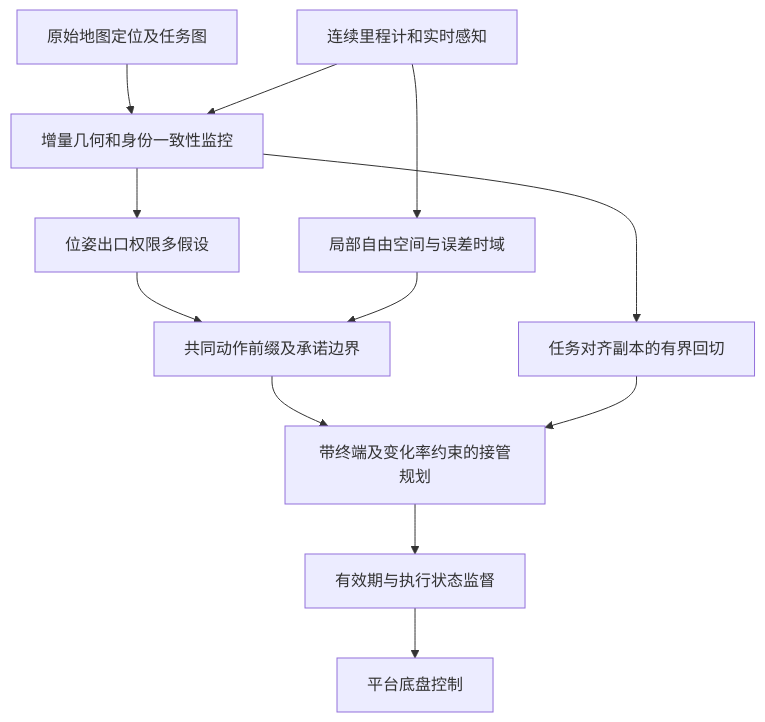
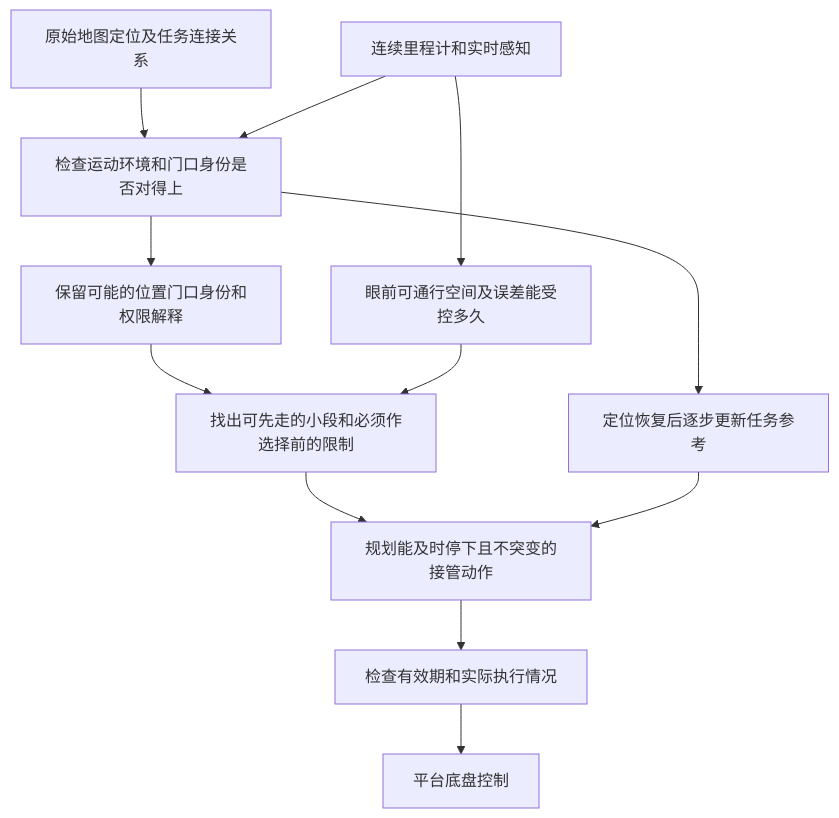
The diagram in patient/导航规划控制/03_patent_c_sources_and_technical_principles_20261015.md (fenwickxie/research-ip-docs), drawn with Mermaid before and after one commit. The commit also changed other lines of this file and 2 other files, not shown here.

````diff
--- a/patient/导航规划控制/03_patent_c_sources_and_technical_principles_20261015.md
+++ b/patient/导航规划控制/03_patent_c_sources_and_technical_principles_20261015.md
@@ -40,14 +69,14 @@
 ```mermaid
 flowchart TD
-    Global[原始地图定位及任务图] --> Monitor[增量几何和身份一致性监控]
+    Global[原始地图定位及任务连接关系] --> Monitor[检查运动环境和门口身份是否对得上]
     Local[连续里程计和实时感知] --> Monitor
-    Local --> Corridor[局部自由空间与误差时域]
-    Monitor --> Hypotheses[位姿出口权限多假设]
-    Hypotheses --> Prefix[共同动作前缀及承诺边界]
+    Local --> Corridor[眼前可通行空间及误差能受控多久]
+    Monitor --> Hypotheses[保留可能的位置门口身份和权限解释]
+    Hypotheses --> Prefix[找出可先走的小段和必须作选择前的限制]
     Corridor --> Prefix
-    Prefix --> Planner[带终端及变化率约束的接管规划]
-    Planner --> Supervisor[有效期与执行状态监督]
+    Prefix --> Planner[规划能及时停下且不突变的接管动作]
+    Planner --> Supervisor[检查有效期和实际执行情况]
     Supervisor --> Controller[平台底盘控制]
-    Monitor --> Recovery[任务对齐副本的有界回切]
+    Monitor --> Recovery[定位恢复后逐步更新任务参考]
     Recovery --> Planner
 ```
````
